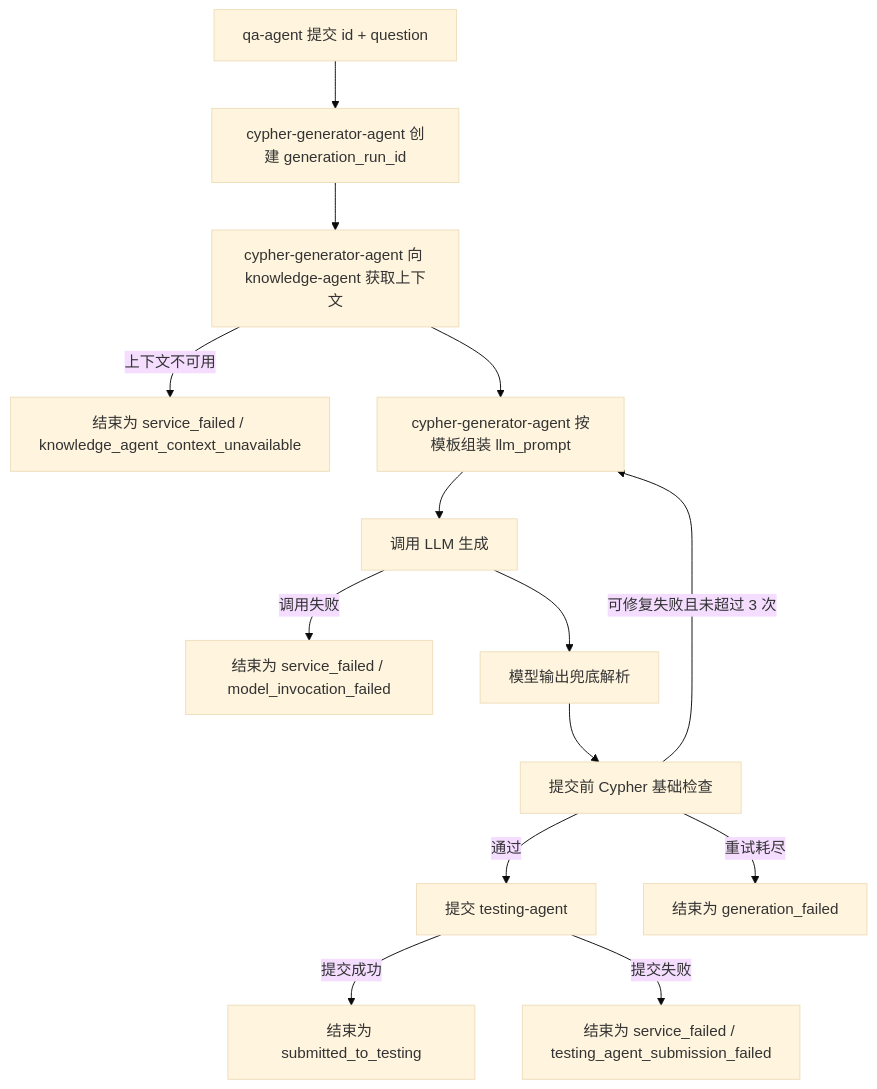
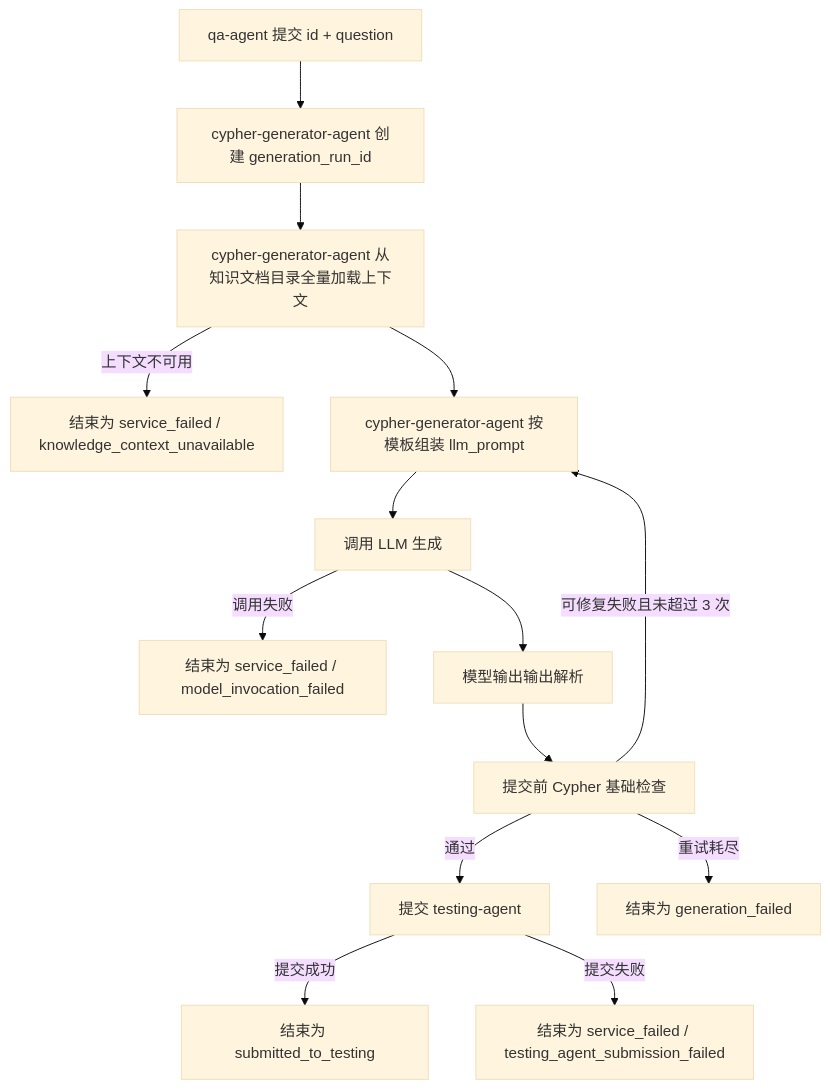
Before and after one commit to mangow0527/NL2Cypher: the first of 2 diagrams in services/cypher_generator_agent/docs/cypher-generator-agent-design.md, drawn with Mermaid (base theme). The commit also changed other lines of this file and 114 other files, not shown here.

````diff
--- a/services/cypher_generator_agent/docs/cypher-generator-agent-design.md
+++ b/services/cypher_generator_agent/docs/cypher-generator-agent-design.md
@@ -225,16 +259,16 @@
 ```mermaid
 flowchart TD
     A["qa-agent 提交 id + question"] --> B["cypher-generator-agent 创建 generation_run_id"]
-    B --> C["cypher-generator-agent 向 knowledge-agent 获取上下文"]
-    C -->|上下文不可用| S1["结束为 service_failed / knowledge_agent_context_unavailable"]
+    B --> C["cypher-generator-agent 从知识文档目录全量加载上下文"]
+    C -->|上下文不可用| S1["结束为 service_failed / knowledge_context_unavailable"]
     C --> D["cypher-generator-agent 按模板组装 llm_prompt"]
     D --> E["调用 LLM 生成"]
     E -->|调用失败| S2["结束为 service_failed / model_invocation_failed"]
-    E --> F["模型输出兜底解析"]
+    E --> F["模型输出输出解析"]
     F --> G["提交前 Cypher 基础检查"]
     G -->|通过| H["提交 testing-agent"]
     G -->|可修复失败且未超过 3 次| D
     G -->|重试耗尽| I["结束为 generation_failed"]
     H -->|提交成功| J["结束为 submitted_to_testing"]
     H -->|提交失败| S3["结束为 service_failed / testing_agent_submission_failed"]
 ```
````
